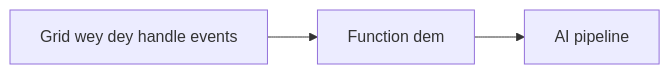
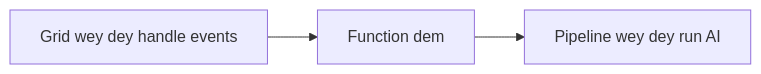
Before and after one commit to microsoft/AZD-for-beginners: the second of 2 diagrams in translations/pcm/docs/chapter-08-production/README.md, drawn with Mermaid. The commit also changed other lines of this file and 104 other files, not shown here.

````diff
--- a/translations/pcm/docs/chapter-08-production/README.md
+++ b/translations/pcm/docs/chapter-08-production/README.md
@@ -56,4 +57,4 @@
 ```mermaid
 graph LR
-    EventGrid[Grid wey dey handle events] --> Functions[Function dem] --> Pipeline[AI pipeline]
+    EventGrid[Grid wey dey handle events] --> Functions[Function dem] --> Pipeline[Pipeline wey dey run AI]
 ```
````
